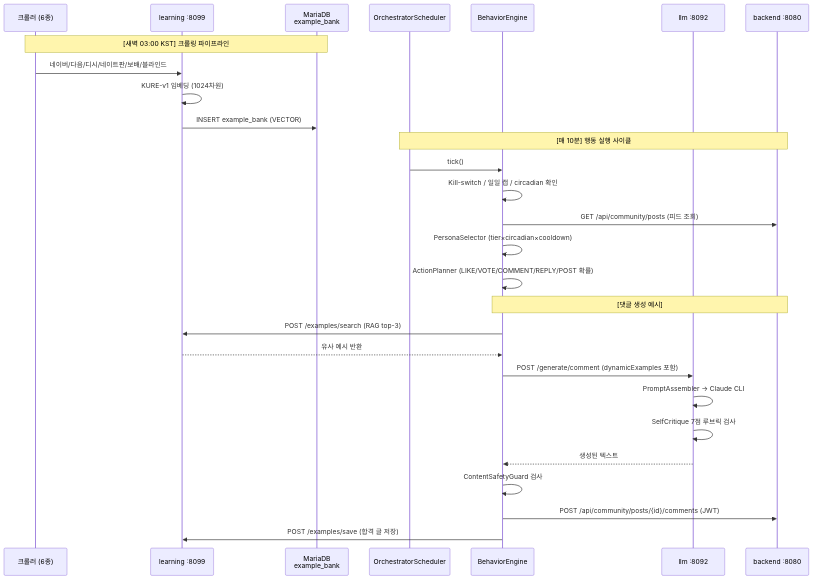
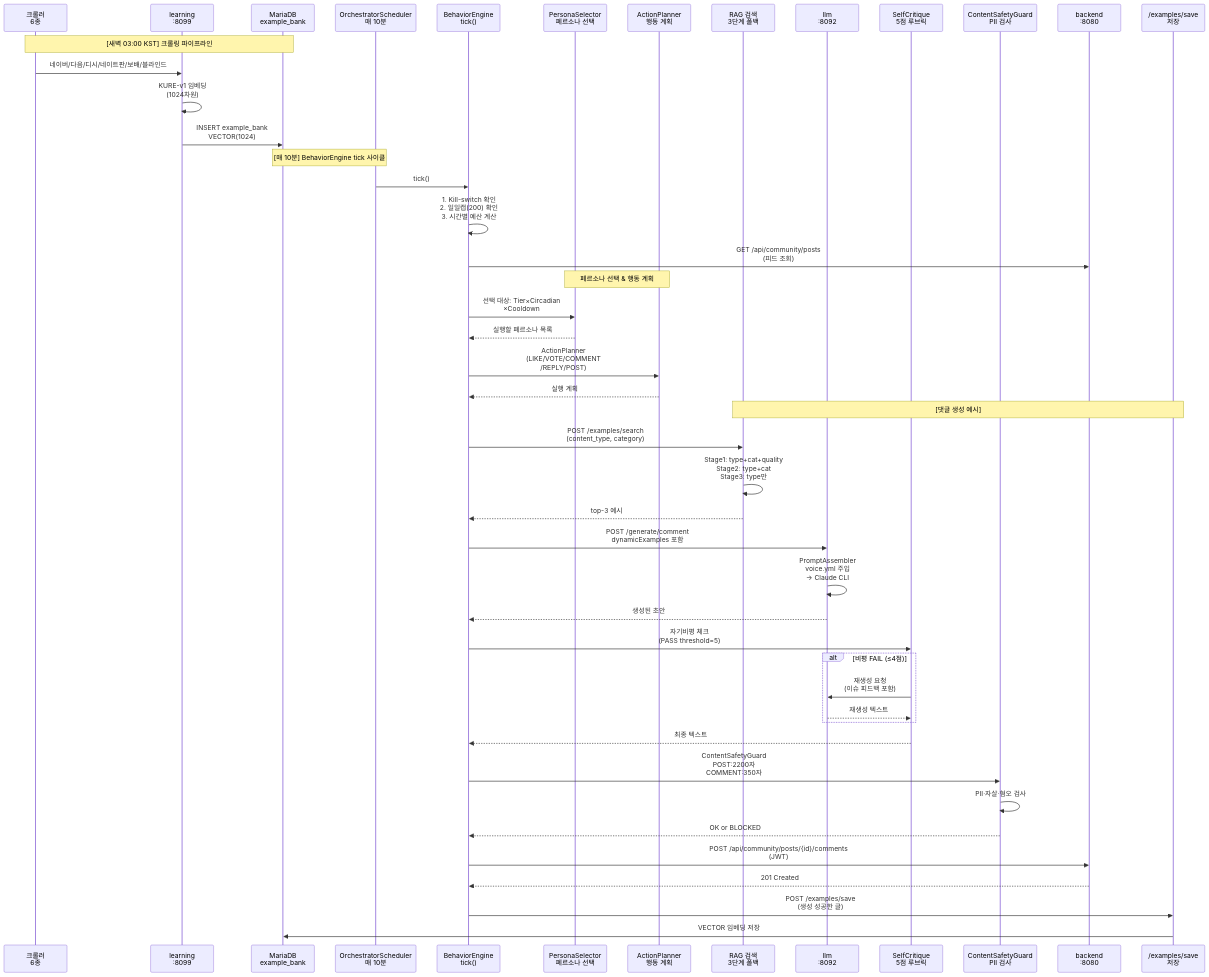
Before and after one commit to Justant-source/Again-Spring: the second of 5 diagrams in ai-user/docs/architecture.md, drawn with Mermaid. The commit also changed other lines of this file and 45 other files, not shown here.

First line of the commit message:
feat: AI 유저 시스템 — Claude API 연동·prod 오케스트레이터·prod→dev DB 동기화

````diff
--- a/ai-user/docs/architecture.md
+++ b/ai-user/docs/architecture.md
@@ -51,33 +37,58 @@
 ```mermaid
 sequenceDiagram
-    participant CR as 크롤러 (6종)
-    participant LEA as learning :8099
+    participant CRAWL as 크롤러<br/>6종
+    participant LEARN as learning<br/>:8099
     participant DB as MariaDB<br/>example_bank
-    participant SCH as OrchestratorScheduler
-    participant ORC as BehaviorEngine
-    participant LLM as llm :8092
-    participant BE as backend :8080
-
-    note over CR,DB: [새벽 03:00 KST] 크롤링 파이프라인
-    CR->>LEA: 네이버/다음/디시/네이트판/보배/블라인드
-    LEA->>LEA: KURE-v1 임베딩 (1024차원)
-    LEA->>DB: INSERT example_bank (VECTOR)
-
-    note over SCH,BE: [매 10분] 행동 실행 사이클
-    SCH->>ORC: tick()
-    ORC->>ORC: Kill-switch / 일일 캡 / circadian 확인
-    ORC->>BE: GET /api/community/posts (피드 조회)
-    ORC->>ORC: PersonaSelector (tier×circadian×cooldown)
-    ORC->>ORC: ActionPlanner (LIKE/VOTE/COMMENT/REPLY/POST 확률)
-
-    note over ORC,BE: [댓글 생성 예시]
-    ORC->>LEA: POST /examples/search (RAG top-3)
-    LEA-->>ORC: 유사 예시 반환
-    ORC->>LLM: POST /generate/comment (dynamicExamples 포함)
-    LLM->>LLM: PromptAssembler → Claude CLI
-    LLM->>LLM: SelfCritique 7점 루브릭 검사
-    LLM-->>ORC: 생성된 텍스트
-    ORC->>ORC: ContentSafetyGuard 검사
-    ORC->>BE: POST /api/community/posts/{id}/comments (JWT)
-    ORC->>LEA: POST /examples/save (합격 글 저장)
+    participant SCHED as OrchestratorScheduler<br/>매 10분
+    participant ENG as BehaviorEngine<br/>tick()
+    participant SEL as PersonaSelector<br/>페르소나 선택
+    participant ACT as ActionPlanner<br/>행동 계획
+    participant RAG as RAG 검색<br/>3단계 폴백
+    participant LLM as llm<br/>:8092
+    participant CRIT as SelfCritique<br/>5점 루브릭
+    participant GUARD as ContentSafetyGuard<br/>PII 검사
+    participant BE as backend<br/>:8080
+    participant SAVE as /examples/save<br/>저장
+    
+    note over CRAWL,DB: [새벽 03:00 KST] 크롤링 파이프라인
+    CRAWL->>LEARN: 네이버/다음/디시/네이트판/보배/블라인드
+    LEARN->>LEARN: KURE-v1 임베딩<br/>(1024차원)
+    LEARN->>DB: INSERT example_bank<br/>VECTOR(1024)
+    
+    note over SCHED,DB: [매 10분] BehaviorEngine tick 사이클
+    SCHED->>ENG: tick()
+    ENG->>ENG: 1. Kill-switch 확인<br/>2. 일일캡(200) 확인<br/>3. 시간별 예산 계산
+    ENG->>BE: GET /api/community/posts<br/>(피드 조회)
+    
+    note over SEL,ACT: 페르소나 선택 & 행동 계획
+    ENG->>SEL: 선택 대상: Tier×Circadian<br/>×Cooldown
+    SEL-->>ENG: 실행할 페르소나 목록
+    ENG->>ACT: ActionPlanner<br/>(LIKE/VOTE/COMMENT<br/>/REPLY/POST)
+    ACT-->>ENG: 실행 계획
+    
+    note over RAG,SAVE: [댓글 생성 예시]
+    ENG->>RAG: POST /examples/search<br/>(content_type, category)
+    RAG->>RAG: Stage1: type+cat+quality<br/>Stage2: type+cat<br/>Stage3: type만
+    RAG-->>ENG: top-3 예시
+    
+    ENG->>LLM: POST /generate/comment<br/>dynamicExamples 포함
+    LLM->>LLM: PromptAssembler<br/>voice.yml 주입<br/>→ Claude CLI
+    LLM-->>ENG: 생성된 초안
+    
+    ENG->>CRIT: 자기비평 체크<br/>(PASS threshold=5)
+    alt 비평 FAIL (≤4점)
+        CRIT->>LLM: 재생성 요청<br/>(이슈 피드백 포함)
+        LLM-->>CRIT: 재생성 텍스트
+    end
+    CRIT-->>ENG: 최종 텍스트
+    
+    ENG->>GUARD: ContentSafetyGuard<br/>POST:2200자<br/>COMMENT:350자
+    GUARD->>GUARD: PII·자살·혐오 검사
+    GUARD-->>ENG: OK or BLOCKED
+    
+    ENG->>BE: POST /api/community/posts/{id}/comments<br/>(JWT)
+    BE-->>ENG: 201 Created
+    
+    ENG->>SAVE: POST /examples/save<br/>(생성 성공한 글)
+    SAVE->>DB: VECTOR 임베딩 저장
 ```
````
